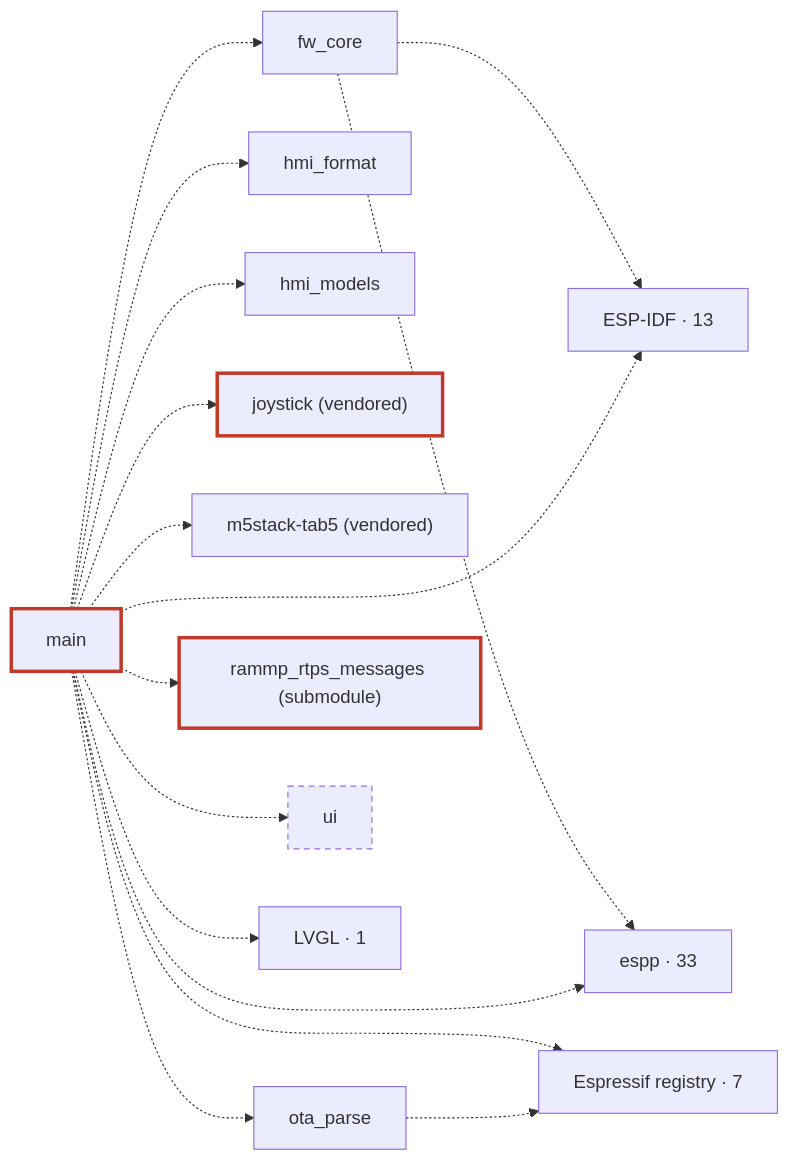
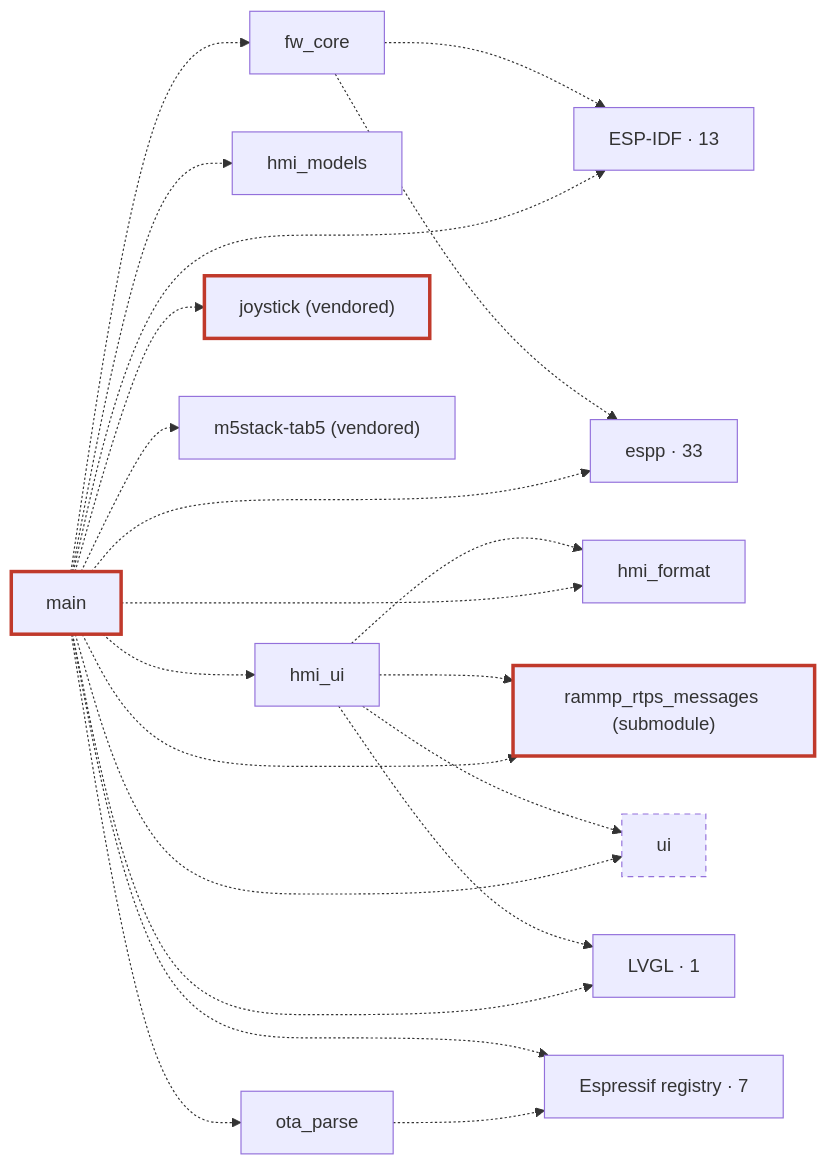
Before and after one commit to rammp-org/pace-hmi-fw: the second of 2 diagrams in docs/architecture.md, drawn with Mermaid. The commit also changed 3 other files, not shown here.

First line of the commit message:
docs: hmi_ui in the profile, the source map and the D3 diagram

````diff
--- a/docs/architecture.md
+++ b/docs/architecture.md
@@ -98,34 +98,40 @@
 ```mermaid
 flowchart LR
   c_fw_core["fw_core"]
   c_hmi_format["hmi_format"]
   c_hmi_models["hmi_models"]
+  c_hmi_ui["hmi_ui"]
   c_joystick["joystick (vendored)"]:::safety
   c_m5stack_tab5["m5stack-tab5 (vendored)"]
   c_main["main"]:::safety
   c_ota_parse["ota_parse"]
   c_rammp_rtps_messages["rammp_rtps_messages (submodule)"]:::safety
   c_ui["ui"]:::gen
   g_ESP_IDF["ESP-IDF · 13"]
   g_espp["espp · 33"]
   g_Espressif_registry["Espressif registry · 7"]
   g_LVGL["LVGL · 1"]
   c_fw_core -.-> g_ESP_IDF
   c_fw_core -.-> g_espp
+  c_hmi_ui -.-> c_hmi_format
+  c_hmi_ui -.-> c_rammp_rtps_messages
+  c_hmi_ui -.-> c_ui
+  c_hmi_ui -.-> g_LVGL
   c_main -.-> c_fw_core
   c_main -.-> c_hmi_format
   c_main -.-> c_hmi_models
+  c_main -.-> c_hmi_ui
   c_main -.-> c_joystick
   c_main -.-> c_m5stack_tab5
   c_main -.-> c_ota_parse
   c_main -.-> c_rammp_rtps_messages
   c_main -.-> c_ui
   c_main -.-> g_ESP_IDF
   c_main -.-> g_espp
   c_main -.-> g_Espressif_registry
   c_main -.-> g_LVGL
   c_ota_parse -.-> g_Espressif_registry
   classDef hw fill:#d9dde3,stroke:#7a8590,color:#111
   classDef safety stroke:#c0392b,stroke-width:3px
   classDef gen stroke-dasharray:5 4
 ```
````
